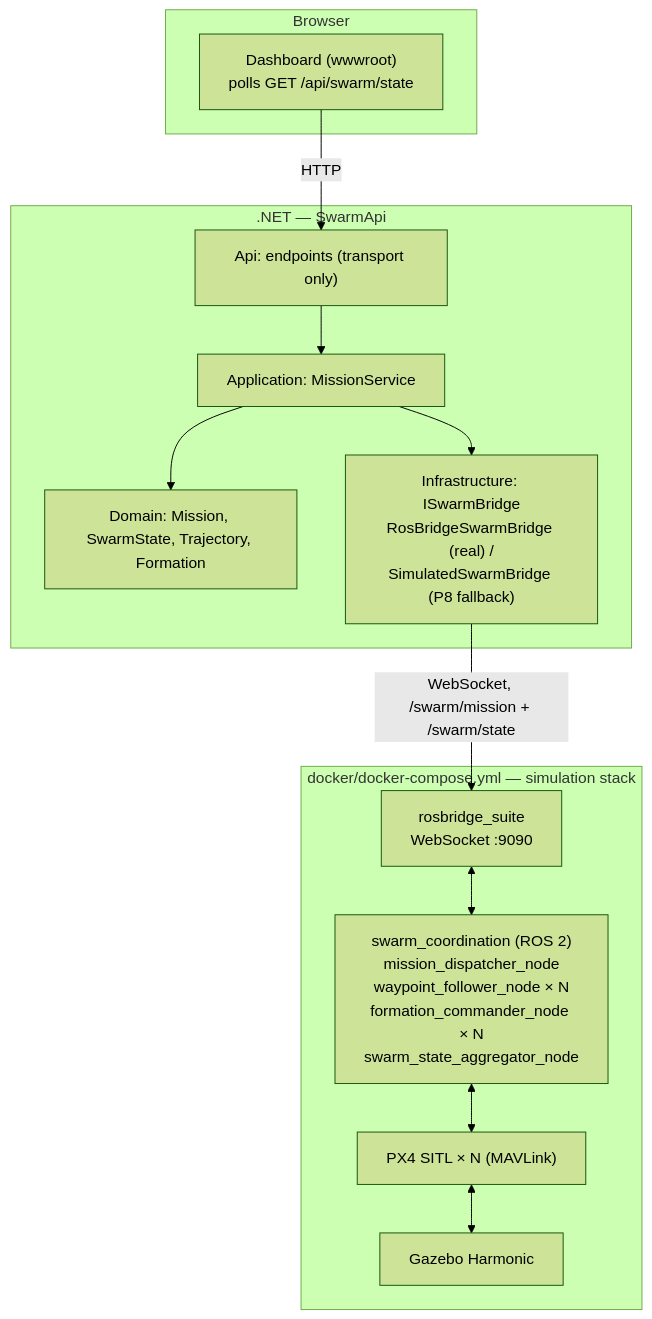
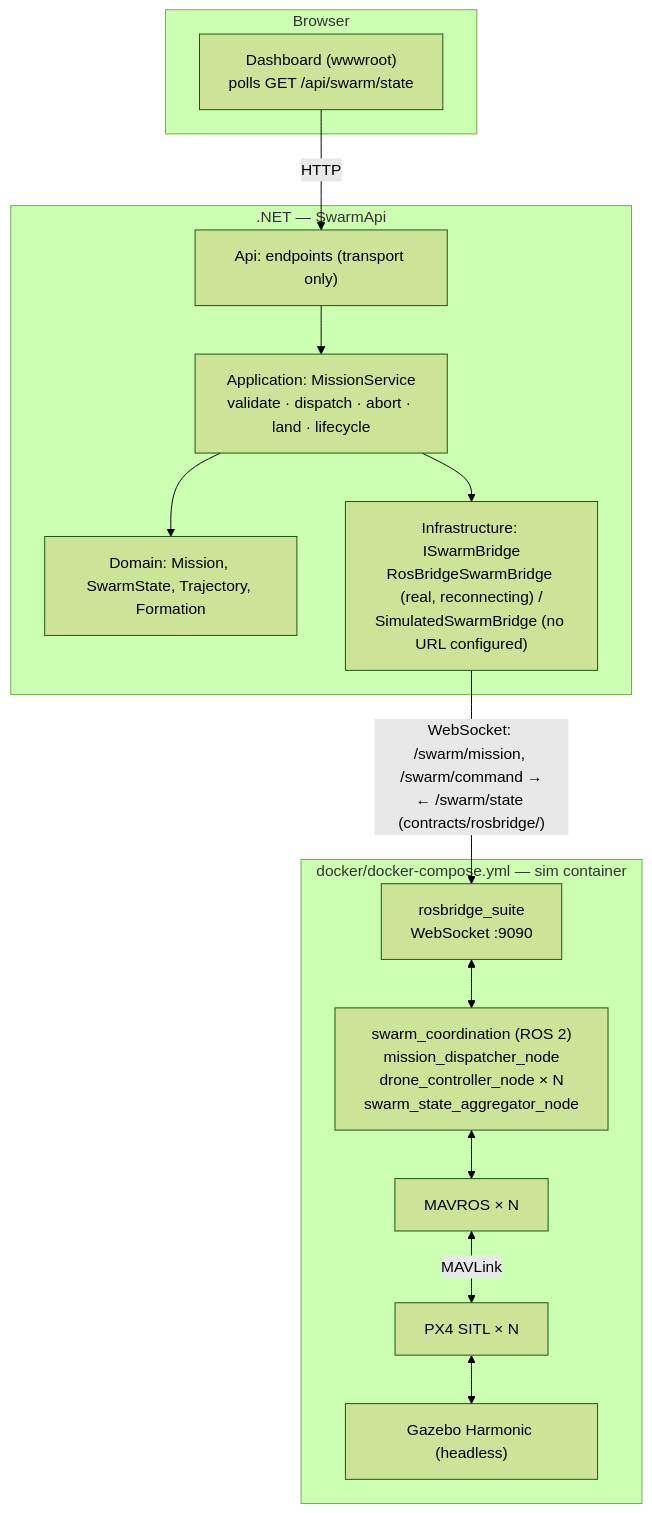
The diagram in README.md (konradcinkusz/swarmsim), drawn with Mermaid (forest theme) before and after one commit. The commit also changed other lines of this file and 7 other files, not shown here.

````diff
--- a/README.md
+++ b/README.md
@@ -24,28 +24,30 @@
 ```mermaid
 flowchart TB
     subgraph Dashboard["Browser"]
         UI["Dashboard (wwwroot)<br/>polls GET /api/swarm/state"]
     end
 
     subgraph Api[".NET — SwarmApi"]
         Ep["Api: endpoints (transport only)"]
-        App["Application: MissionService"]
+        App["Application: MissionService<br/>validate · dispatch · abort · land · lifecycle"]
         Dom["Domain: Mission, SwarmState, Trajectory, Formation"]
-        Bridge["Infrastructure: ISwarmBridge<br/>RosBridgeSwarmBridge (real) /<br/>SimulatedSwarmBridge (P8 fallback)"]
+        Bridge["Infrastructure: ISwarmBridge<br/>RosBridgeSwarmBridge (real, reconnecting) /<br/>SimulatedSwarmBridge (no URL configured)"]
         Ep --> App --> Bridge
         App --> Dom
     end
 
-    subgraph Sim["docker/docker-compose.yml — simulation stack"]
+    subgraph Sim["docker/docker-compose.yml — sim container"]
         RB["rosbridge_suite<br/>WebSocket :9090"]
-        Coord["swarm_coordination (ROS 2)<br/>mission_dispatcher_node<br/>waypoint_follower_node × N<br/>formation_commander_node × N<br/>swarm_state_aggregator_node"]
-        PX4["PX4 SITL × N (MAVLink)"]
-        GZ["Gazebo Harmonic"]
+        Coord["swarm_coordination (ROS 2)<br/>mission_dispatcher_node<br/>drone_controller_node × N<br/>swarm_state_aggregator_node"]
+        MR["MAVROS × N"]
+        PX4["PX4 SITL × N"]
+        GZ["Gazebo Harmonic (headless)"]
         RB <--> Coord
-        Coord <--> PX4
+        Coord <--> MR
+        MR <-->|MAVLink| PX4
         PX4 <--> GZ
     end
 
     UI -->|HTTP| Ep
-    Bridge -->|WebSocket, /swarm/mission + /swarm/state| RB
+    Bridge -->|"WebSocket: /swarm/mission, /swarm/command →<br/>← /swarm/state (contracts/rosbridge/)"| RB
 ```
````
